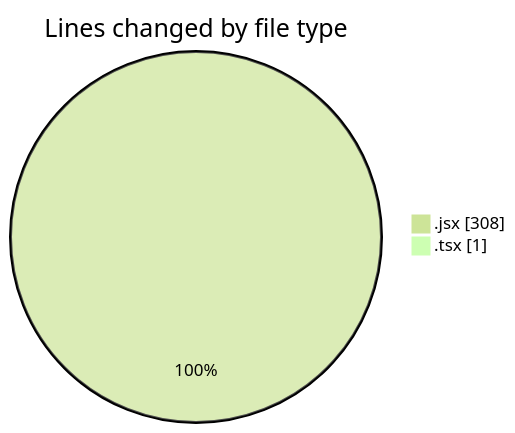
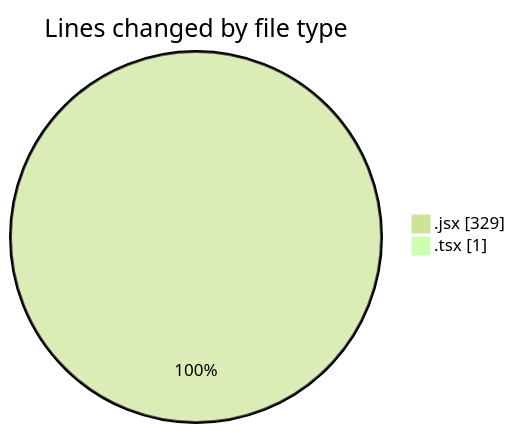
Before and after one commit to Elitesun/code-tracking: the first of 2 diagrams in 2025-02-10/react_ecom/README.md, drawn with Mermaid (forest theme). The commit also changed other lines of this file and 1 other file, not shown here.

````diff
--- a/2025-02-10/react_ecom/README.md
+++ b/2025-02-10/react_ecom/README.md
@@ -26,6 +28,6 @@
 ```mermaid
 pie showData
 title Lines changed by file type
-".jsx" : 308
+".jsx" : 329
 ".tsx" : 1
 ```
````
